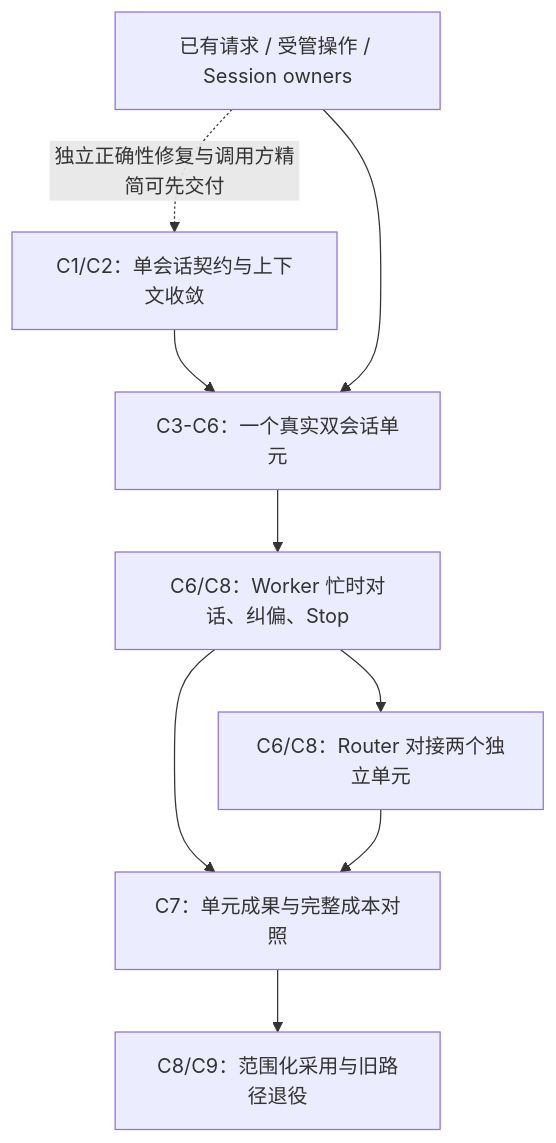
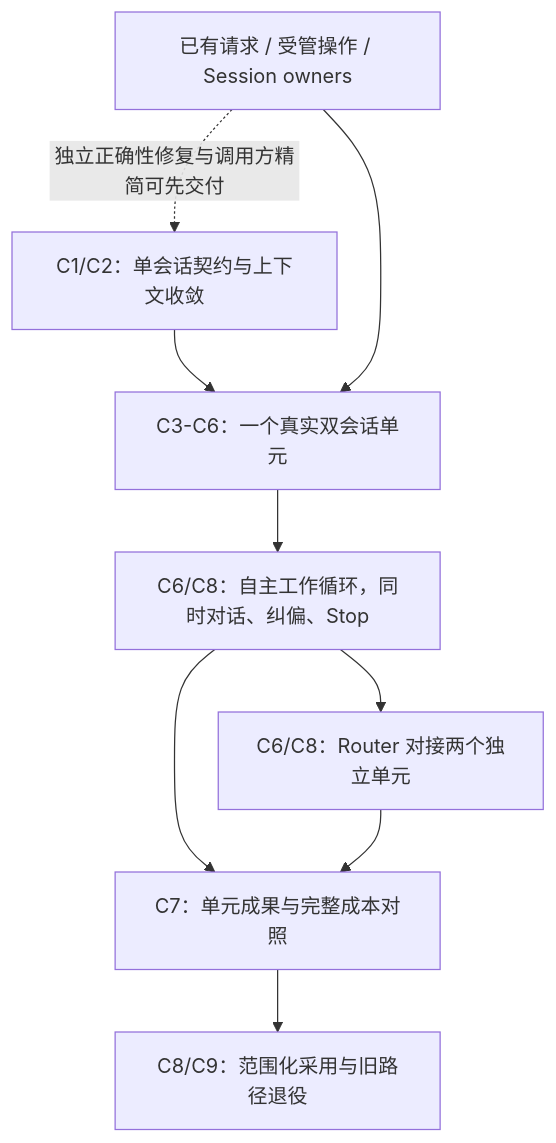
The ninth of 9 diagrams in docs/architecture/rfcs/controller-executor-unified-contract-v0.zh-CN.md (loopx-project/loopx), drawn with Mermaid before and after one commit. The commit also changed other lines of this file and 3 other files, not shown here.

````diff
--- a/docs/architecture/rfcs/controller-executor-unified-contract-v0.zh-CN.md
+++ b/docs/architecture/rfcs/controller-executor-unified-contract-v0.zh-CN.md
@@ -737,11 +800,11 @@
 ```mermaid
 flowchart TB
   C1[C1/C2：单会话契约与上下文收敛] --> U[C3-C6：一个真实双会话单元]
   F[已有请求 / 受管操作 / Session owners] --> U
-  U --> I[C6/C8：Worker 忙时对话、纠偏、Stop]
+  U --> I[C6/C8：自主工作循环，同时对话、纠偏、Stop]
   I --> R[C6/C8：Router 对接两个独立单元]
   I --> E[C7：单元成果与完整成本对照]
   R --> E
   E --> Q[C8/C9：范围化采用与旧路径退役]
   F -.独立正确性修复与调用方精简可先交付.-> C1
 ```
````
